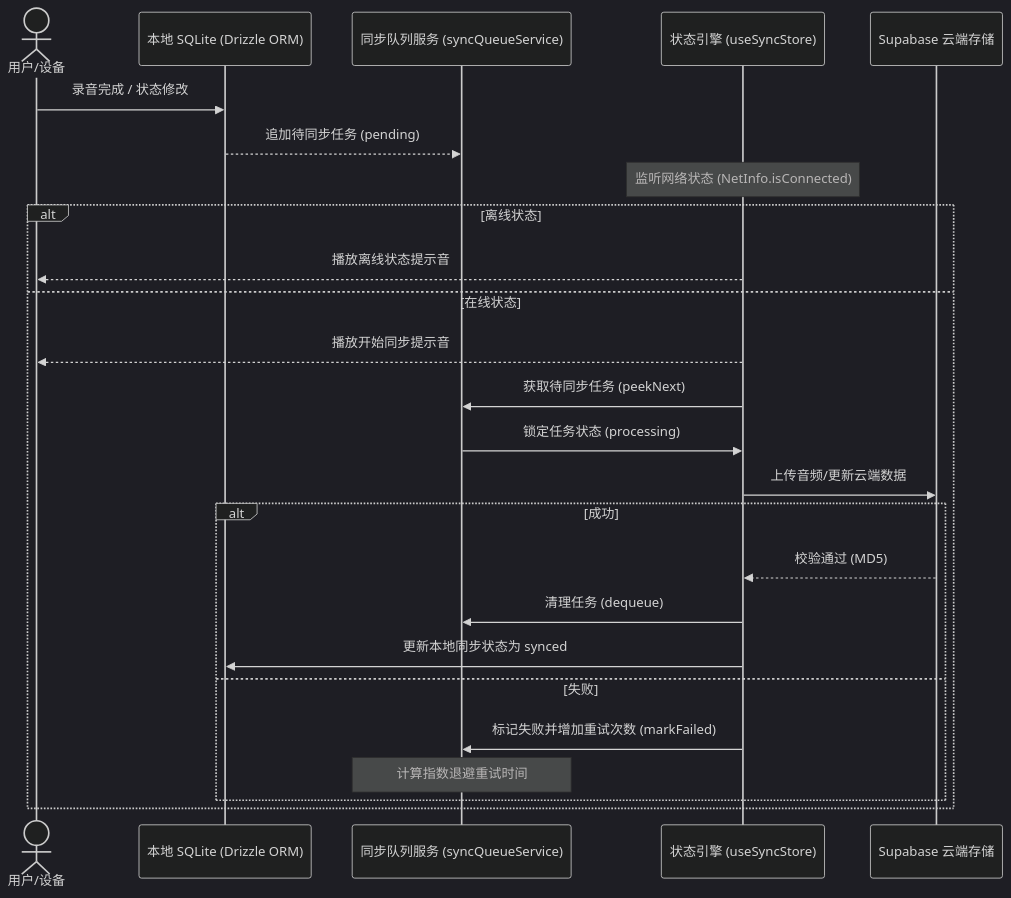
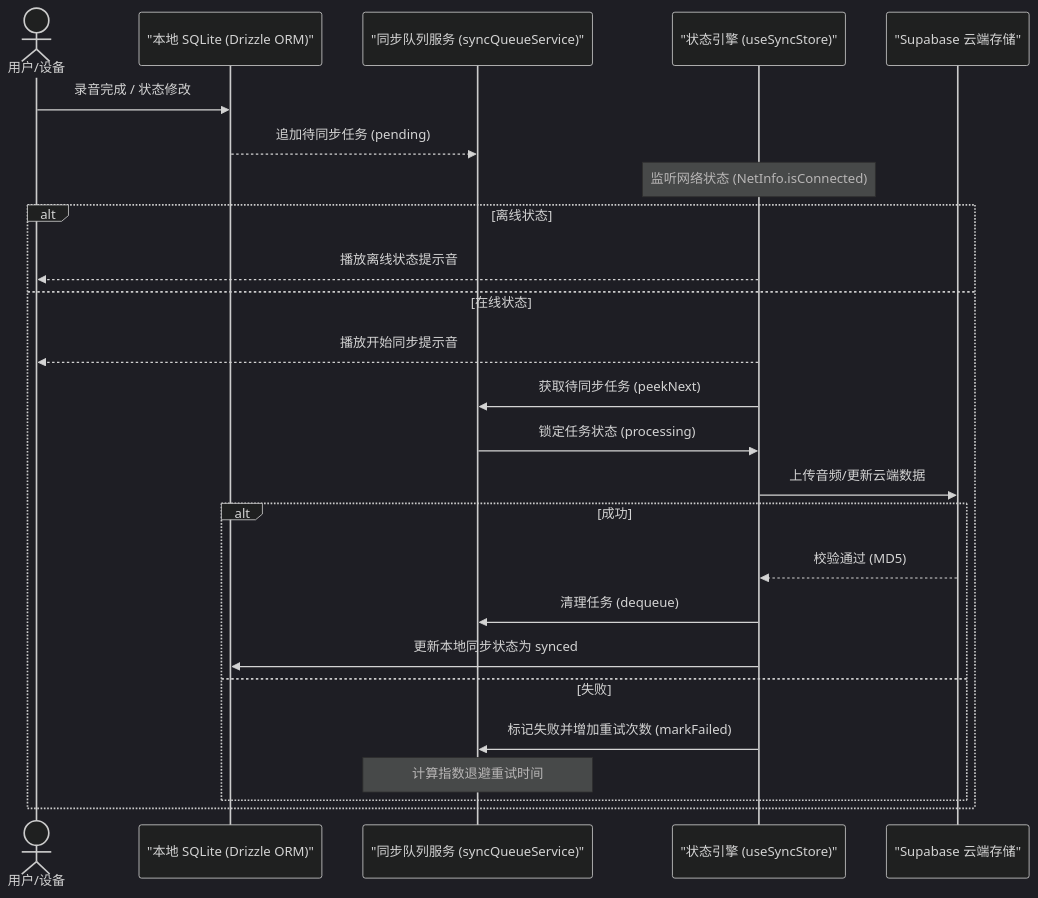
Before and after one commit to MeiSiristhebest/TimeLog: the first of 3 diagrams in README.md, drawn with Mermaid (dark theme). The commit also changed other lines of this file, not shown here.

Commit message:
fix(docs): escape parenthesized labels in Mermaid diagrams to prevent parsing errors

````diff
--- a/README.md
+++ b/README.md
@@ -20,28 +20,28 @@
 ```mermaid
 sequenceDiagram
     actor User as 用户/设备
-    participant DB as 本地 SQLite (Drizzle ORM)
-    participant Queue as 同步队列服务 (syncQueueService)
-    participant Store as 状态引擎 (useSyncStore)
-    participant Cloud as Supabase 云端存储
+    participant DB as "本地 SQLite (Drizzle ORM)"
+    participant Queue as "同步队列服务 (syncQueueService)"
+    participant Store as "状态引擎 (useSyncStore)"
+    participant Cloud as "Supabase 云端存储"
 
     User->>DB: 录音完成 / 状态修改
     DB-->>Queue: 追加待同步任务 (pending)
     Note over Store: 监听网络状态 (NetInfo.isConnected)
     alt 离线状态
         Store-->>User: 播放离线状态提示音
     else 在线状态
         Store-->>User: 播放开始同步提示音
         Store->>Queue: 获取待同步任务 (peekNext)
         Queue->>Store: 锁定任务状态 (processing)
         Store->>Cloud: 上传音频/更新云端数据
         alt 成功
             Cloud-->>Store: 校验通过 (MD5)
             Store->>Queue: 清理任务 (dequeue)
             Store->>DB: 更新本地同步状态为 synced
         else 失败
             Store->>Queue: 标记失败并增加重试次数 (markFailed)
             Note over Queue: 计算指数退避重试时间
         end
     end
 ```
````
